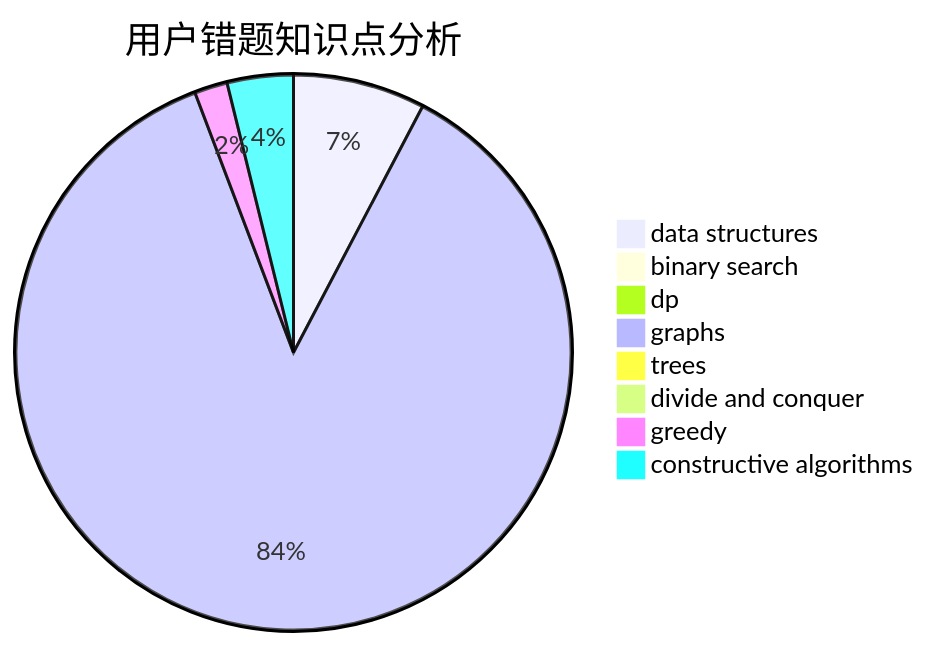
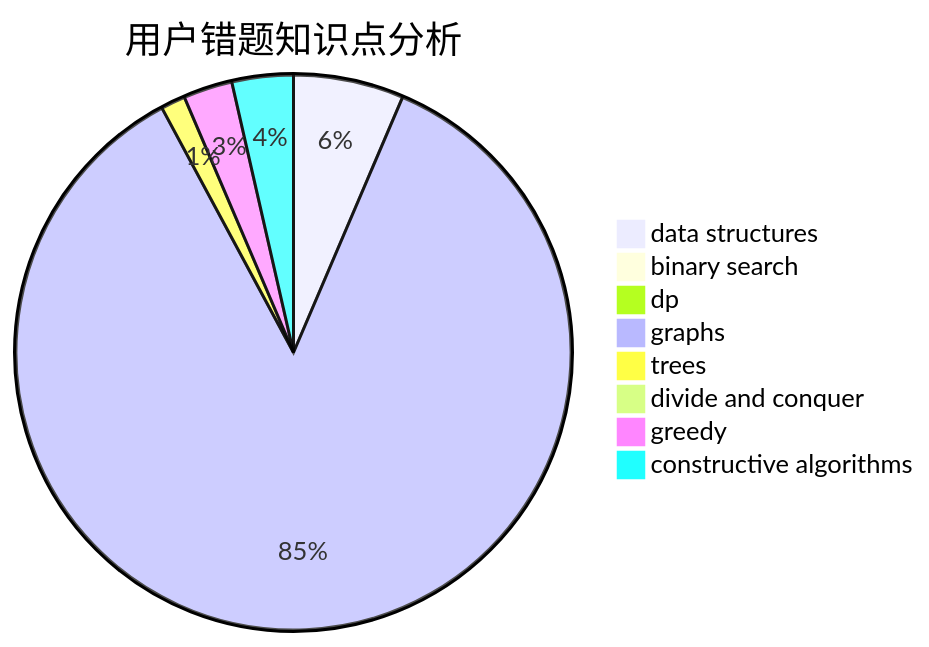
One commit to sherpahu/cfrs.github.io changed the third of 3 diagrams in docs/user/u1664.md. Above: the diagram before and after it, drawn with Mermaid. The commit also changed other lines of this file and 2770 other files, not shown here.

````diff
--- a/docs/user/u1664.md
+++ b/docs/user/u1664.md
@@ -36,11 +36,11 @@
 ```mermaid
 pie title 用户错题知识点分析
-    "data structures" :  8
+    "data structures" :  9
     "binary search" :  1
     "dp" :  1
-    "graphs" :  90
-    "trees" :  1
+    "graphs" :  120
+    "trees" :  2
     "divide and conquer" :  0
-    "greedy" :  2
-    "constructive algorithms" :  4
+    "greedy" :  4
+    "constructive algorithms" :  5
 ```
````
